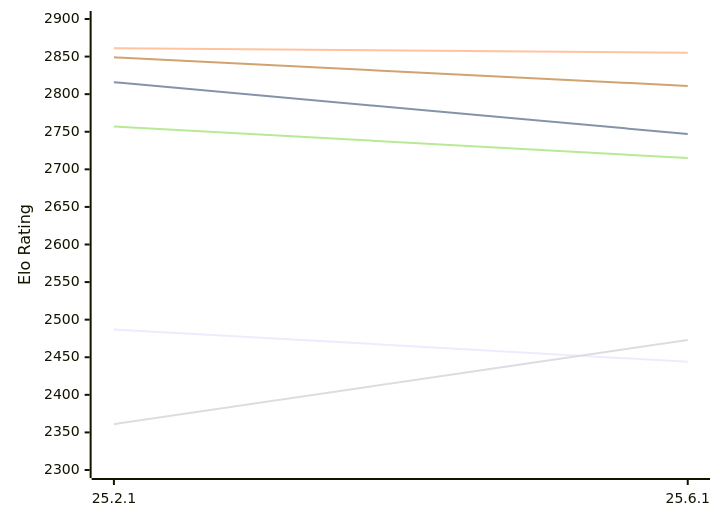
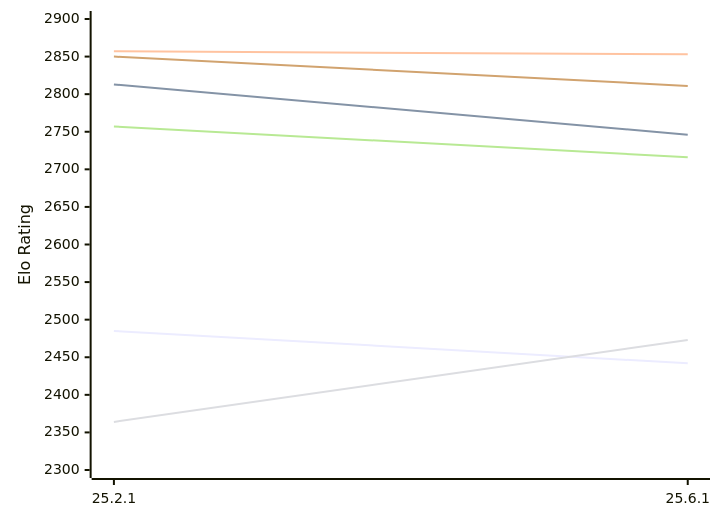
Before and after one commit to computer-chess-index/cci: the first of 2 diagrams in engines/Crafty.md, drawn with Mermaid. The commit also changed other lines of this file, not shown here.

Commit message:
Update CCI Ratings (ELO VLTC) - 2026-11-28

````diff
--- a/engines/Crafty.md
+++ b/engines/Crafty.md
@@ -50,12 +50,12 @@
 ```mermaid
 %%{init: {"theme":"base","themeVariables":{"seriesColors:['#a3a3a3','#222221','#faa371']}}}%%
 xychart-beta
   x-axis ["25.2.1", "25.6.1"]
   y-axis "Elo Rating" 2300 --> 2900
-  line "E1: STC (8.0+0.08s)" [2487, 2444]
-  line "E1: LTC (60.0+0.60s)" [2816, 2747]
-  line "E1: VLTC (2m24s+1.12s)" [2861, 2855]
-  line "P1: STC (8.0+0.08s)" [2361, 2473]
-  line "P1: LTC (60.0+0.60s)" [2757, 2715]
-  line "P1: VLTC (2m24s+1.12s)" [2849, 2811]
+  line "E1: STC (8.0+0.08s)" [2485, 2442]
+  line "E1: LTC (60.0+0.60s)" [2813, 2746]
+  line "E1: VLTC (2m24s+1.12s)" [2857, 2853]
+  line "P1: STC (8.0+0.08s)" [2364, 2473]
+  line "P1: LTC (60.0+0.60s)" [2757, 2716]
+  line "P1: VLTC (2m24s+1.12s)" [2850, 2811]
 ```
````
